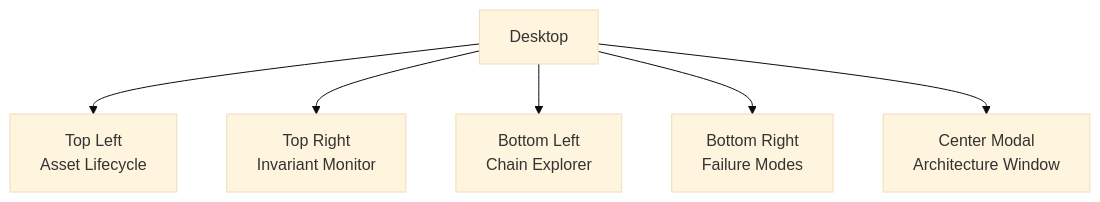
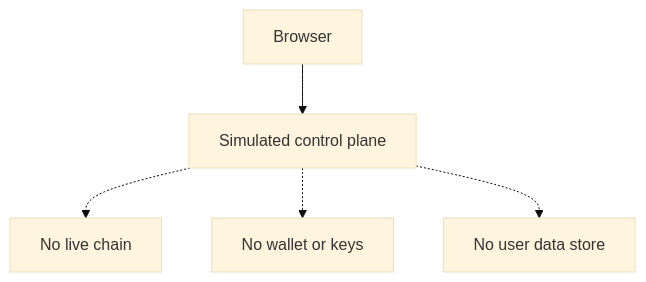
One commit to AdamMomen/usdc-control-plane changed the third of 4 diagrams in architecture.md. Above: the diagram before and after it, drawn with Mermaid (base theme). The commit also changed other lines of this file and 7 other files, not shown here.

Commit message:
Enhance architecture documentation and UI: restructure architecture.md for clarity, add in-app architecture window with links to detailed documentation, and implement validation for Mermaid diagrams. Update package.json to include new dependencies for architecture visualization.

````diff
--- a/architecture.md
+++ b/architecture.md
@@ -163,20 +47,7 @@
 ```mermaid
 flowchart TD
-
-A[Desktop]
-
-A --> B[Top Left
-Asset Lifecycle]
-
-A --> C[Top Right
-Invariant Monitor]
-
-A --> D[Bottom Left
-Chain Explorer]
-
-A --> E[Bottom Right
-Failure Modes]
-
-A --> F[Center Modal
-Architecture Window]
+  B[Browser] --> S[Simulated control plane]
+  S -.-> X1[No live chain]
+  S -.-> X2[No wallet or keys]
+  S -.-> X3[No user data store]
 ```
````
